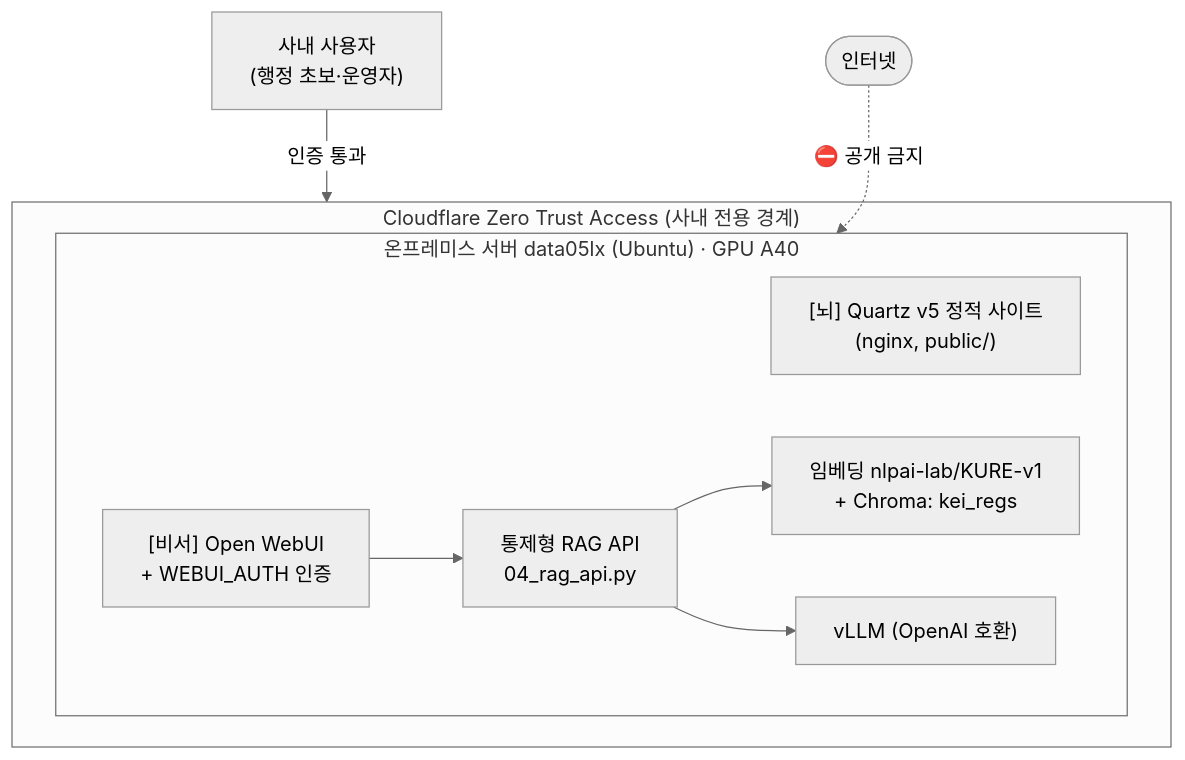
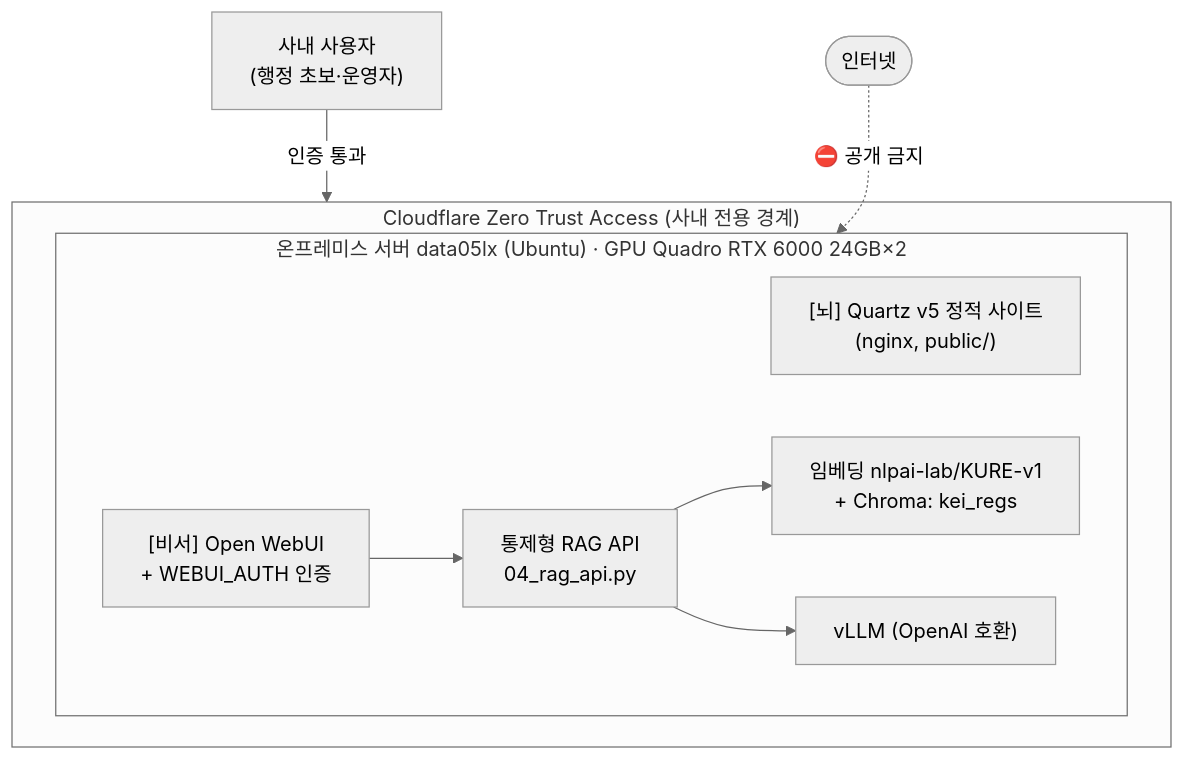
One commit to mooner92/KEIAdminSuperv changed the first of 2 diagrams in docs/adr/0005-on-prem-zero-trust.md. Above: the diagram before and after it, drawn with Mermaid (neutral theme). The commit also changed other lines of this file and 13 other files, not shown here.

First line of the commit message:
docs: GPU 표기 정정 A40 → Quadro RTX 6000 (실제 하드웨어)

````diff
--- a/docs/adr/0005-on-prem-zero-trust.md
+++ b/docs/adr/0005-on-prem-zero-trust.md
@@ -32,21 +32,21 @@
 ```mermaid
 flowchart TB
     User["사내 사용자<br/>(행정 초보·운영자)"]
 
     subgraph ZT["Cloudflare Zero Trust Access (사내 전용 경계)"]
-        subgraph Host["온프레미스 서버 data05lx (Ubuntu) · GPU A40"]
+        subgraph Host["온프레미스 서버 data05lx (Ubuntu) · GPU Quadro RTX 6000 24GB×2"]
             Brain["[뇌] Quartz v5 정적 사이트<br/>(nginx, public/)"]
             Asst["[비서] Open WebUI<br/>+ WEBUI_AUTH 인증"]
             RAG["통제형 RAG API<br/>04_rag_api.py"]
             LLM["vLLM (OpenAI 호환)"]
             Embed["임베딩 nlpai-lab/KURE-v1<br/>+ Chroma: kei_regs"]
         end
     end
 
     Internet(["인터넷"])
 
     User -->|인증 통과| ZT
     Internet -. "⛔ 공개 금지" .-> Host
     Asst --> RAG --> Embed
     RAG --> LLM
 ```
````
